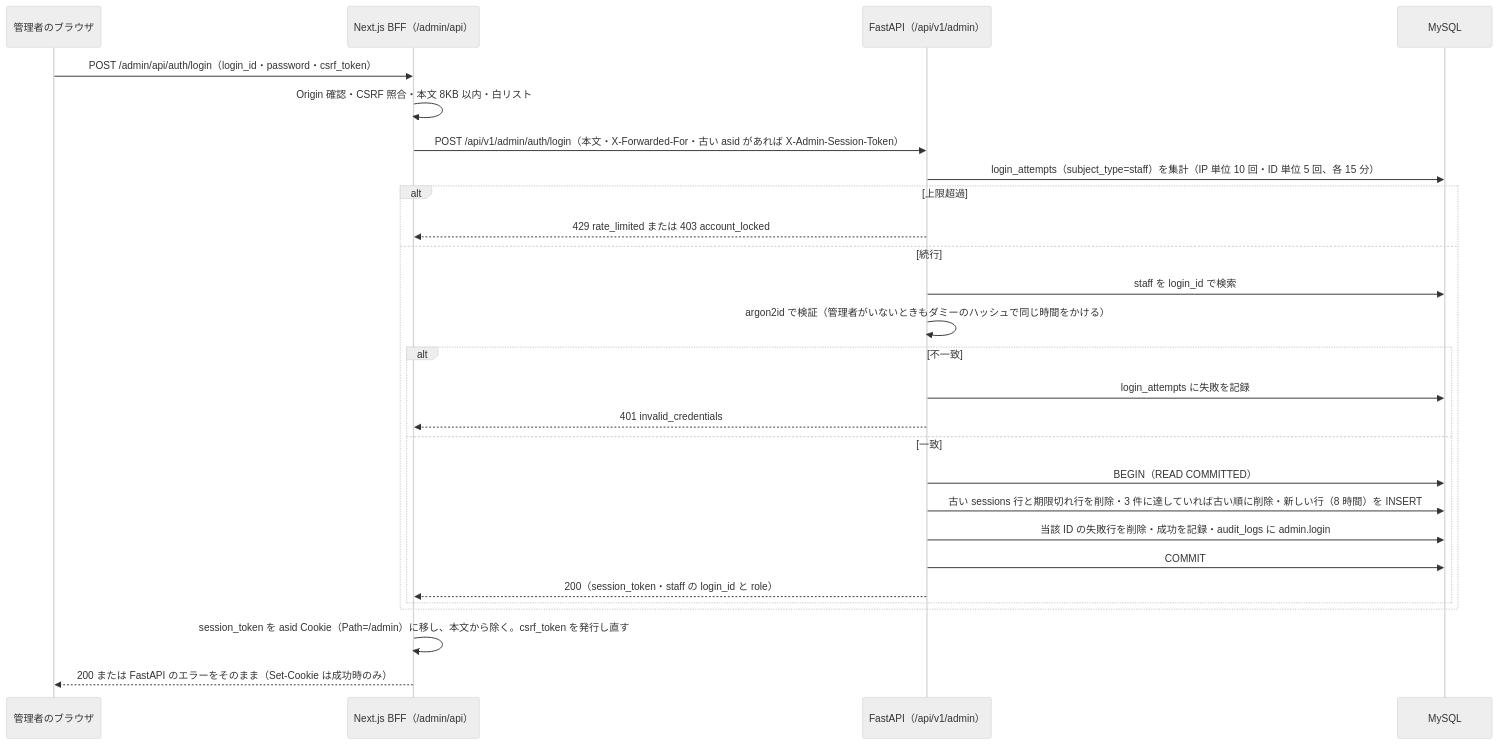
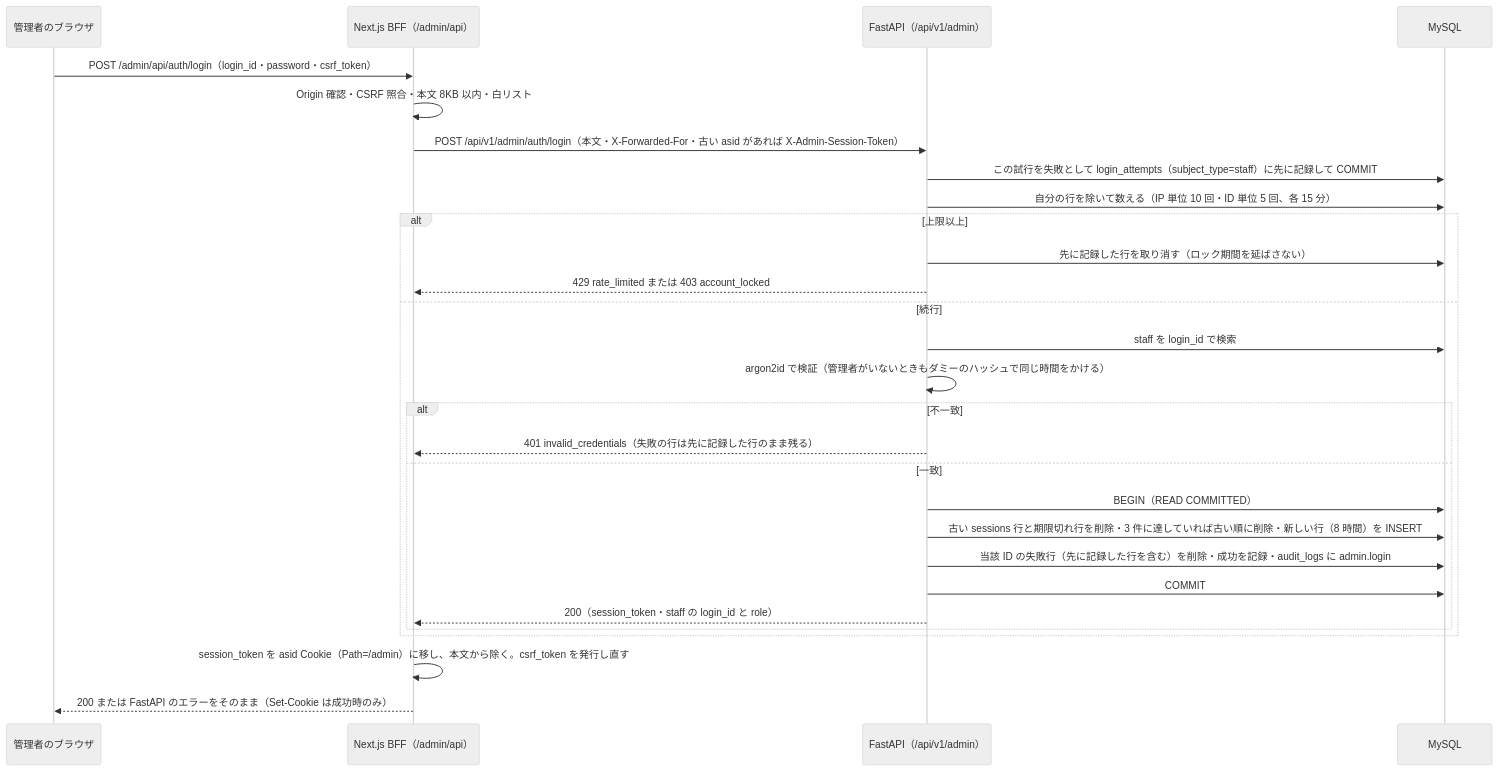
One commit to nonooktk/GUapp changed the first of 3 diagrams in docs/03_設計仕様書/GU_ECsite_設計仕様書_P2追補c_draft-v1.md. Above: the diagram before and after it, drawn with Mermaid (neutral theme). The commit also changed other lines of this file and 6 other files, not shown here.

````diff
--- a/docs/03_設計仕様書/GU_ECsite_設計仕様書_P2追補c_draft-v1.md
+++ b/docs/03_設計仕様書/GU_ECsite_設計仕様書_P2追補c_draft-v1.md
@@ -76,29 +77,30 @@
 ```mermaid
 sequenceDiagram
     participant B as 管理者のブラウザ
     participant BFF as Next.js BFF（/admin/api）
     participant API as FastAPI（/api/v1/admin）
     participant DB as MySQL
     B->>BFF: POST /admin/api/auth/login（login_id・password・csrf_token）
     BFF->>BFF: Origin 確認・CSRF 照合・本文 8KB 以内・白リスト
     BFF->>API: POST /api/v1/admin/auth/login（本文・X-Forwarded-For・古い asid があれば X-Admin-Session-Token）
-    API->>DB: login_attempts（subject_type=staff）を集計（IP 単位 10 回・ID 単位 5 回、各 15 分）
-    alt 上限超過
+    API->>DB: この試行を失敗として login_attempts（subject_type=staff）に先に記録して COMMIT
+    API->>DB: 自分の行を除いて数える（IP 単位 10 回・ID 単位 5 回、各 15 分）
+    alt 上限以上
+        API->>DB: 先に記録した行を取り消す（ロック期間を延ばさない）
         API-->>BFF: 429 rate_limited または 403 account_locked
     else 続行
         API->>DB: staff を login_id で検索
         API->>API: argon2id で検証（管理者がいないときもダミーのハッシュで同じ時間をかける）
         alt 不一致
-            API->>DB: login_attempts に失敗を記録
-            API-->>BFF: 401 invalid_credentials
+            API-->>BFF: 401 invalid_credentials（失敗の行は先に記録した行のまま残る）
         else 一致
             API->>DB: BEGIN（READ COMMITTED）
             API->>DB: 古い sessions 行と期限切れ行を削除・3 件に達していれば古い順に削除・新しい行（8 時間）を INSERT
-            API->>DB: 当該 ID の失敗行を削除・成功を記録・audit_logs に admin.login
+            API->>DB: 当該 ID の失敗行（先に記録した行を含む）を削除・成功を記録・audit_logs に admin.login
             API->>DB: COMMIT
             API-->>BFF: 200（session_token・staff の login_id と role）
         end
     end
     BFF->>BFF: session_token を asid Cookie（Path=/admin）に移し、本文から除く。csrf_token を発行し直す
     BFF-->>B: 200 または FastAPI のエラーをそのまま（Set-Cookie は成功時のみ）
 ```
````
